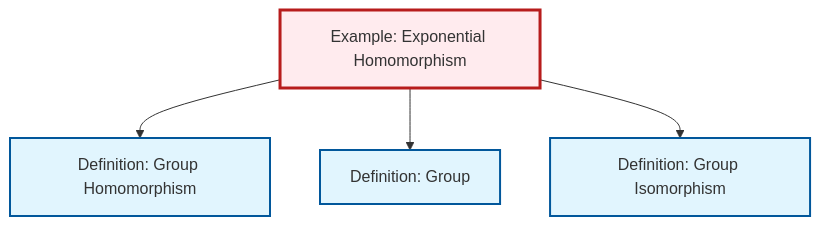
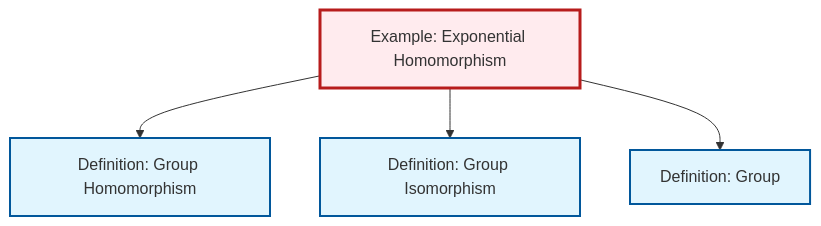
One commit to RK0429/ModernMath changed the diagram in content/en/algebra/ex-exponential-homomorphism.qmd. Above: the diagram before and after it, drawn with Mermaid. The commit also changed other lines of this file and 619 other files, not shown here.

````diff
--- a/content/en/algebra/ex-exponential-homomorphism.qmd
+++ b/content/en/algebra/ex-exponential-homomorphism.qmd
@@ -45,20 +45,20 @@
 ```{mermaid}
 %%| fig-cap: "Local dependency graph"
 graph TD
     classDef definition fill:#e1f5fe,stroke:#01579b,stroke-width:2px
     classDef theorem fill:#f3e5f5,stroke:#4a148c,stroke-width:2px
     classDef axiom fill:#fff3e0,stroke:#e65100,stroke-width:2px
     classDef example fill:#e8f5e9,stroke:#1b5e20,stroke-width:2px
     classDef current fill:#ffebee,stroke:#b71c1c,stroke-width:3px
     def-isomorphism["Definition: Group Isomorphism"]:::definition
     ex-exponential-homomorphism["Example: Exponential Homomorphism"]:::example
     def-homomorphism["Definition: Group Homomorphism"]:::definition
     def-group["Definition: Group"]:::definition
     ex-exponential-homomorphism --> def-homomorphism
+    ex-exponential-homomorphism --> def-isomorphism
     ex-exponential-homomorphism --> def-group
-    ex-exponential-homomorphism --> def-isomorphism
     class ex-exponential-homomorphism current
     click def-isomorphism "def-isomorphism.html" "Go to Group Isomorphism definition"
     click def-homomorphism "def-homomorphism.html" "Go to Group Homomorphism definition"
     click def-group "def-group.html" "Go to Group definition"
 ```
````
